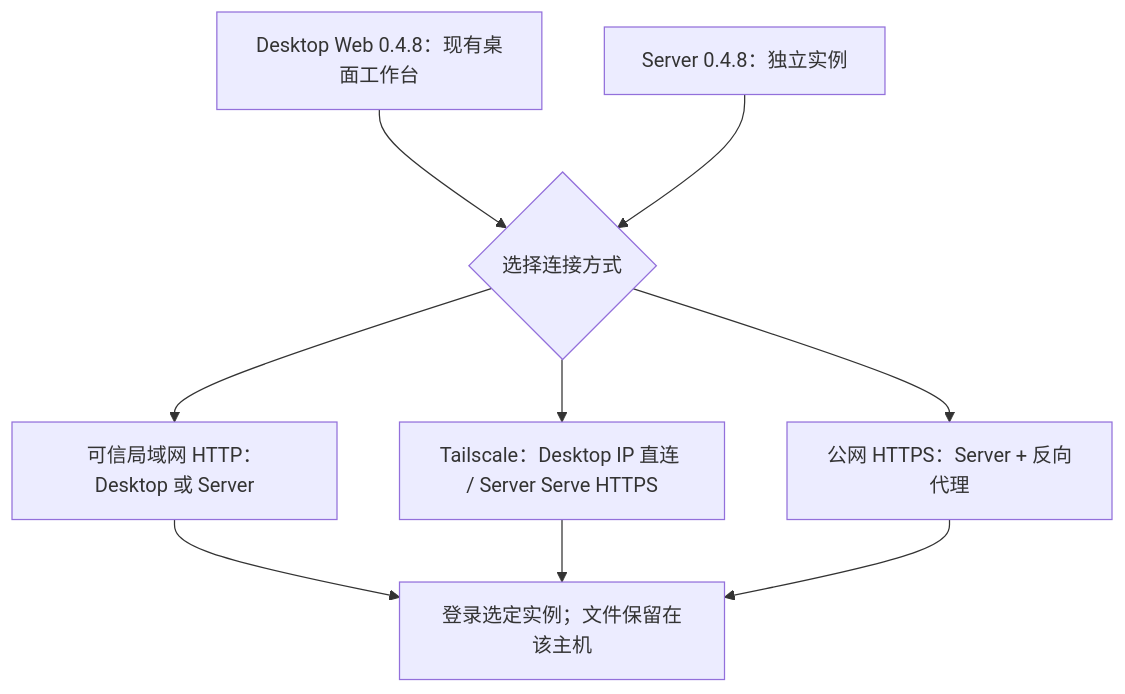
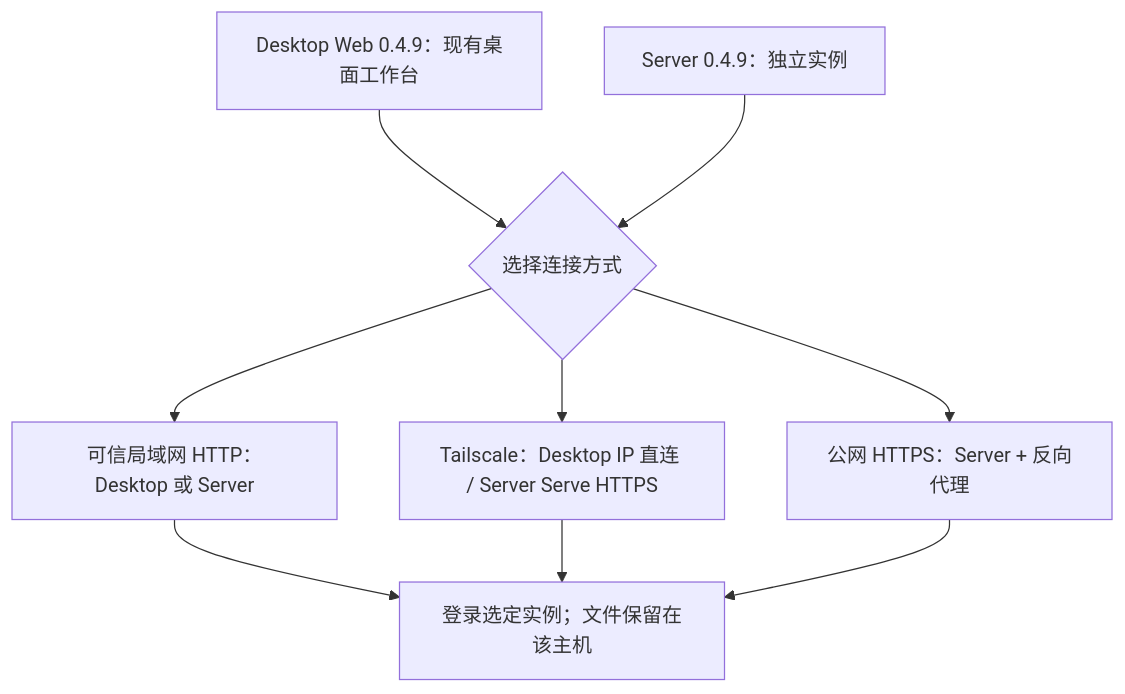
One commit to 123eyu/rovai-ai changed the diagram in website/site/public/assets/diagrams/deployment-choice-zh.mmd. Above: the diagram before and after it, drawn with Mermaid. The commit also changed 11 other files, not shown here.

```diff
--- a/website/site/public/assets/diagrams/deployment-choice-zh.mmd
+++ b/website/site/public/assets/diagrams/deployment-choice-zh.mmd
@@ -1,12 +1,12 @@
 flowchart TB
-  desktop["Desktop Web 0.4.8：现有桌面工作台"]
-  server["Server 0.4.8：独立实例"]
+  desktop["Desktop Web 0.4.9：现有桌面工作台"]
+  server["Server 0.4.9：独立实例"]
   choice{"选择连接方式"}
   desktop --> choice
   server --> choice
   choice --> lan["可信局域网 HTTP：Desktop 或 Server"]
   choice --> ts["Tailscale：Desktop IP 直连 / Server Serve HTTPS"]
   choice --> public["公网 HTTPS：Server + 反向代理"]
   lan --> login["登录选定实例；文件保留在该主机"]
   ts --> login
   public --> login
```
